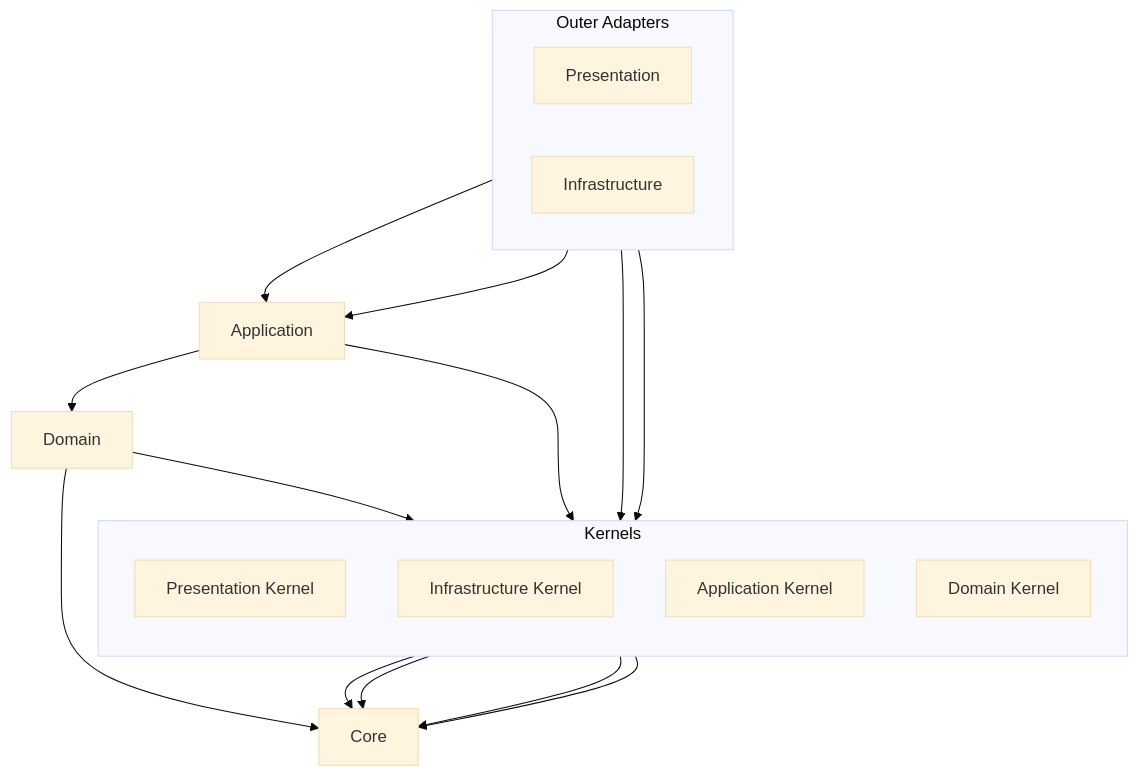
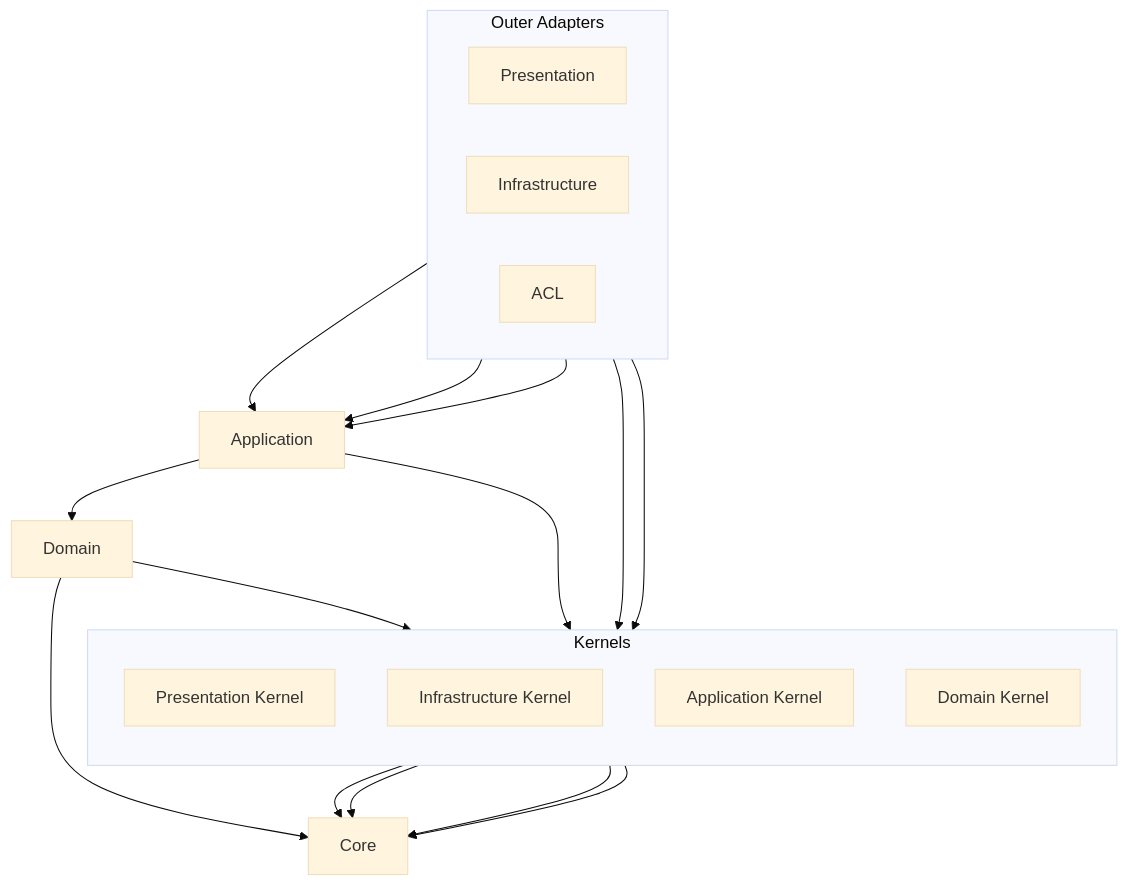
One commit to makeUgreat/sheska changed the diagram in apps/api/docs/en/architecture/source-dependency.md. Above: the diagram before and after it, drawn with Mermaid (base theme). The commit also changed other lines of this file and 31 other files, not shown here.

````diff
--- a/apps/api/docs/en/architecture/source-dependency.md
+++ b/apps/api/docs/en/architecture/source-dependency.md
@@ -32,34 +32,36 @@
 ```mermaid
 flowchart TB
   subgraph adapters[Outer Adapters]
     direction LR
     presentation[Presentation]
     infrastructure[Infrastructure]
+    acl[ACL]
   end
 
   application[Application]
   domain[Domain]
   core[Core]
 
   subgraph kernels[Kernels]
     direction TB
     presentationKernel[Presentation Kernel]
     infrastructureKernel[Infrastructure Kernel]
     applicationKernel[Application Kernel]
     domainKernel[Domain Kernel]
   end
 
   presentation --> application
   infrastructure --> application
+  acl --> application
   application --> domain
   domain --> core
 
   presentation --> presentationKernel
   infrastructure --> infrastructureKernel
   application --> applicationKernel
   domain --> domainKernel
   presentationKernel --> core
   infrastructureKernel --> core
   applicationKernel --> core
   domainKernel --> core
 ```
````
